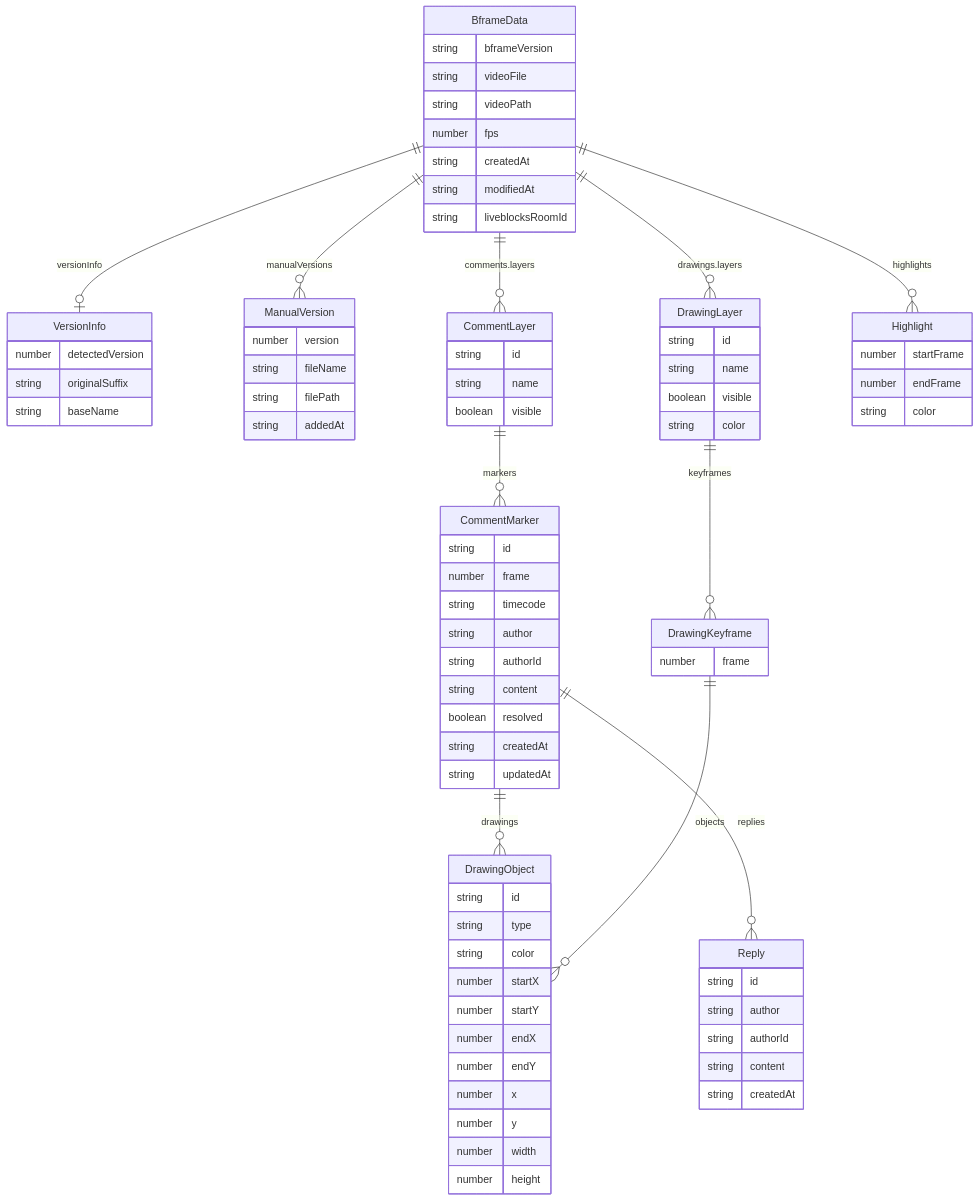
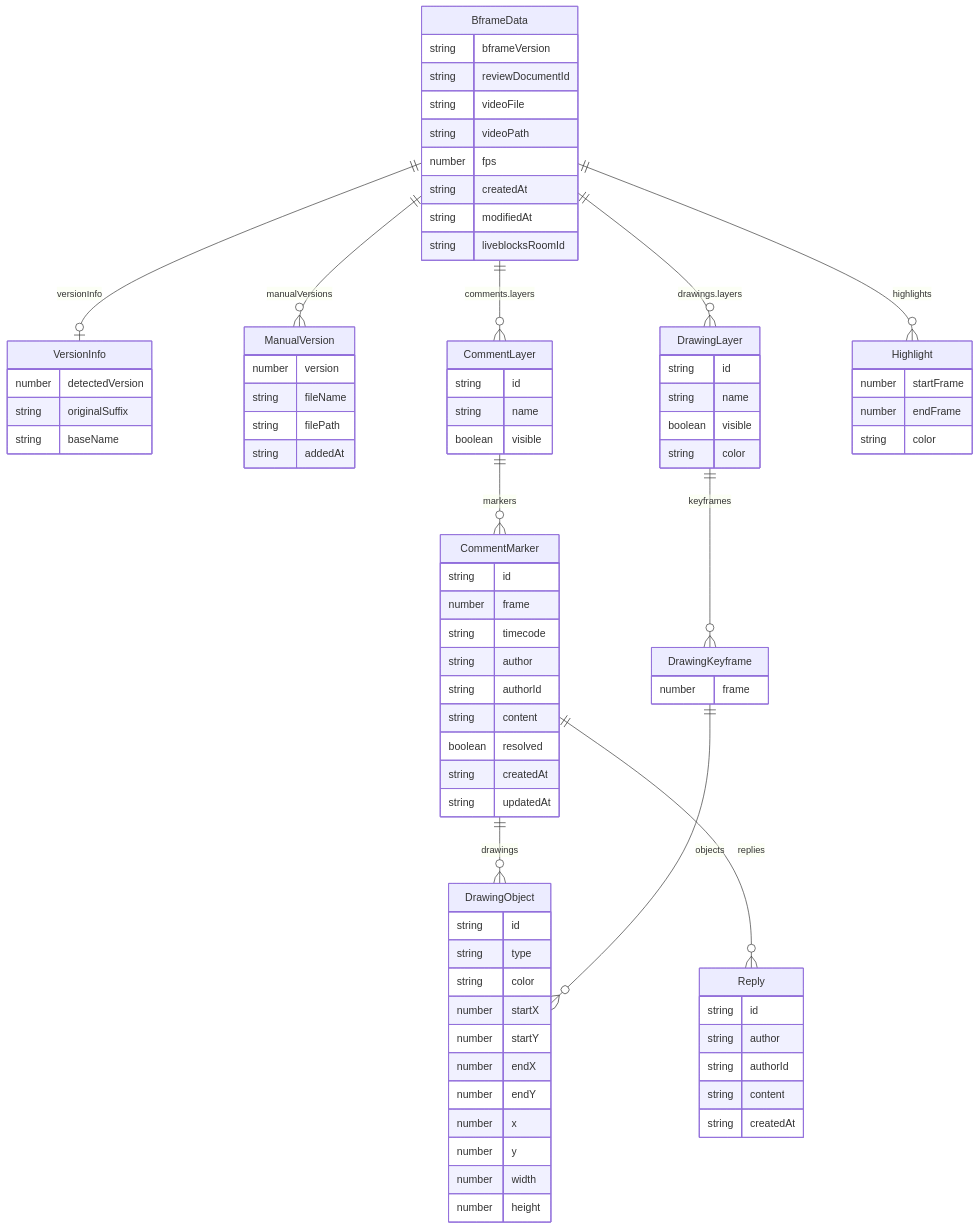
The diagram in docs/bframe-schema.md (baehandoridori/BAEFRAME), drawn with Mermaid before and after one commit. The commit also changed other lines of this file and 14 other files, not shown here.

```diff
--- a/docs/bframe-schema.md
+++ b/docs/bframe-schema.md
@@ -357,6 +362,7 @@
 erDiagram
     BframeData {
         string bframeVersion
+        string reviewDocumentId
         string videoFile
         string videoPath
         number fps
```
